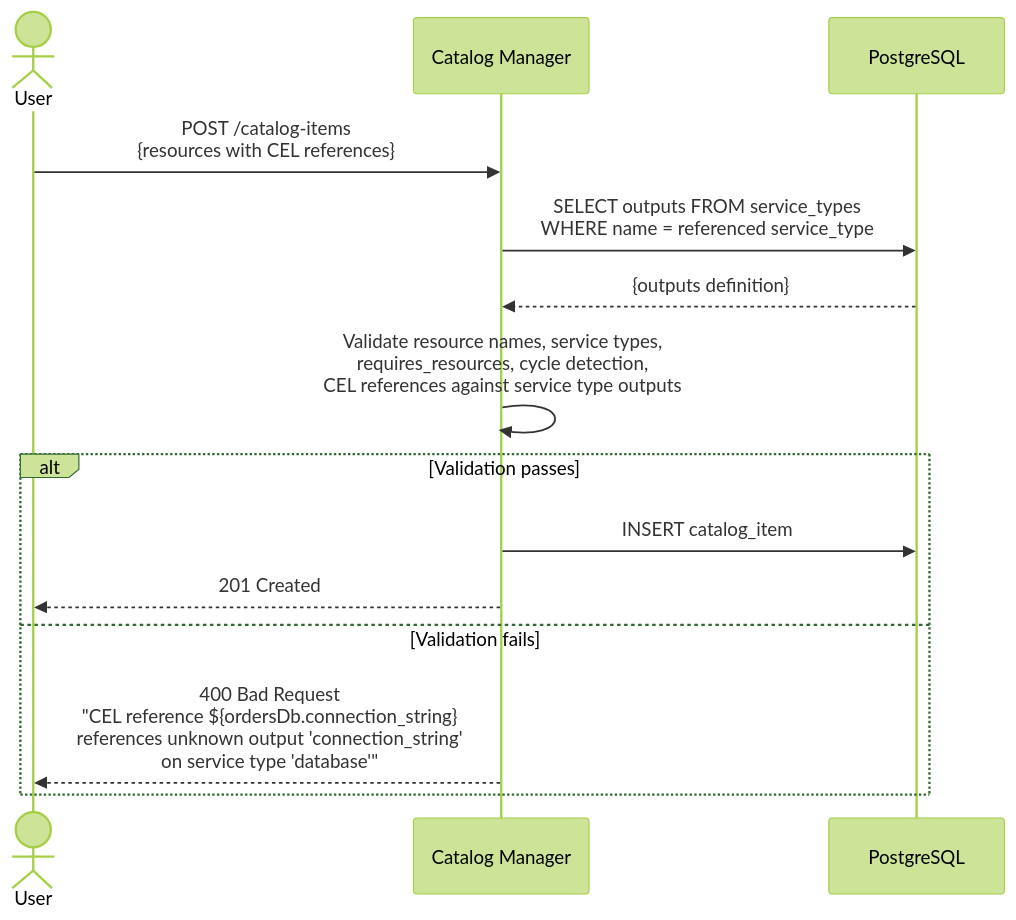
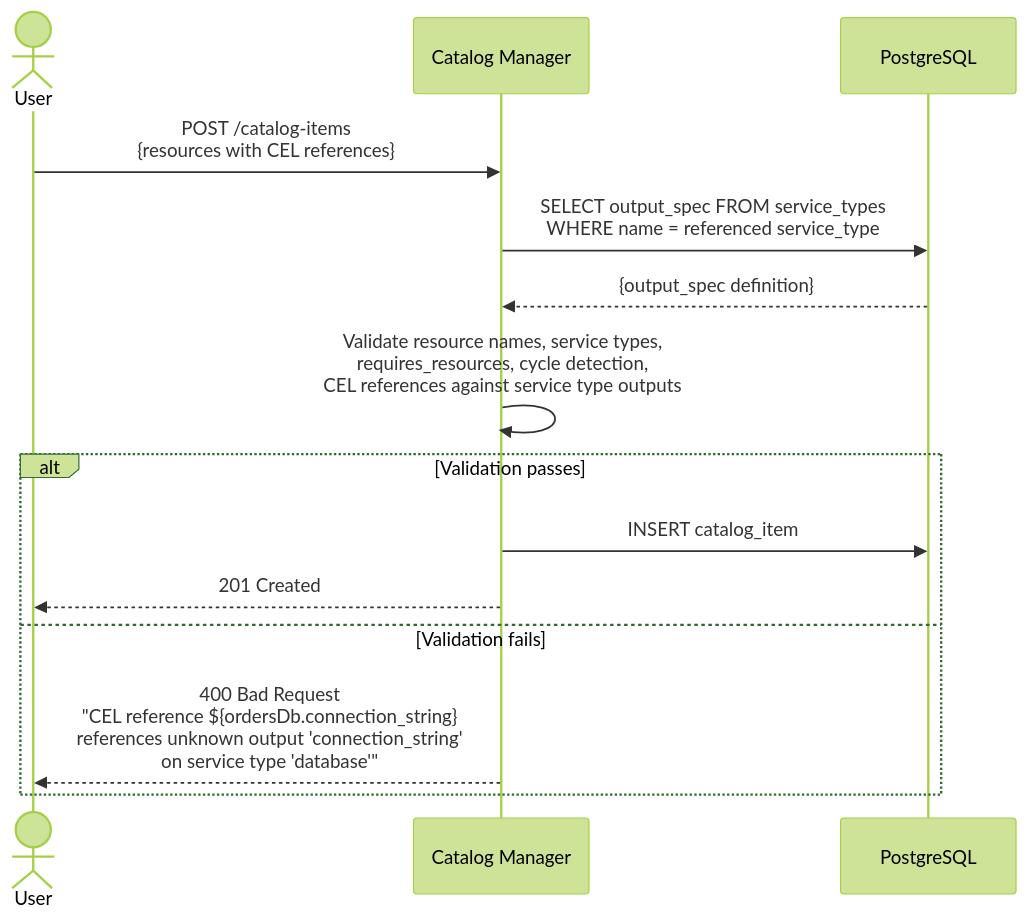
One commit to dcm-project/enhancements changed the second of 2 diagrams in enhancements/cross-provider-outputs/cross-provider-outputs.md. Above: the diagram before and after it, drawn with Mermaid (forest theme). The commit also changed other lines of this file, not shown here.

Commit message:
Adopt structured outputs, capture-time validation, output_spec naming according to review comments

````diff
--- a/enhancements/cross-provider-outputs/cross-provider-outputs.md
+++ b/enhancements/cross-provider-outputs/cross-provider-outputs.md
@@ -381,20 +390,20 @@
 ```mermaid
 sequenceDiagram
     actor User
     participant CM as Catalog Manager
     participant DB as PostgreSQL
 
     User->>CM: POST /catalog-items<br/>{resources with CEL references}
 
-    CM->>DB: SELECT outputs FROM service_types<br/>WHERE name = referenced service_type
-    DB-->>CM: {outputs definition}
+    CM->>DB: SELECT output_spec FROM service_types<br/>WHERE name = referenced service_type
+    DB-->>CM: {output_spec definition}
 
     CM->>CM: Validate resource names, service types,<br/>requires_resources, cycle detection,<br/>CEL references against service type outputs
 
     alt Validation passes
         CM->>DB: INSERT catalog_item
         CM-->>User: 201 Created
     else Validation fails
         CM-->>User: 400 Bad Request<br/>"CEL reference ${ordersDb.connection_string}<br/>references unknown output 'connection_string'<br/>on service type 'database'"
     end
 ```
````
